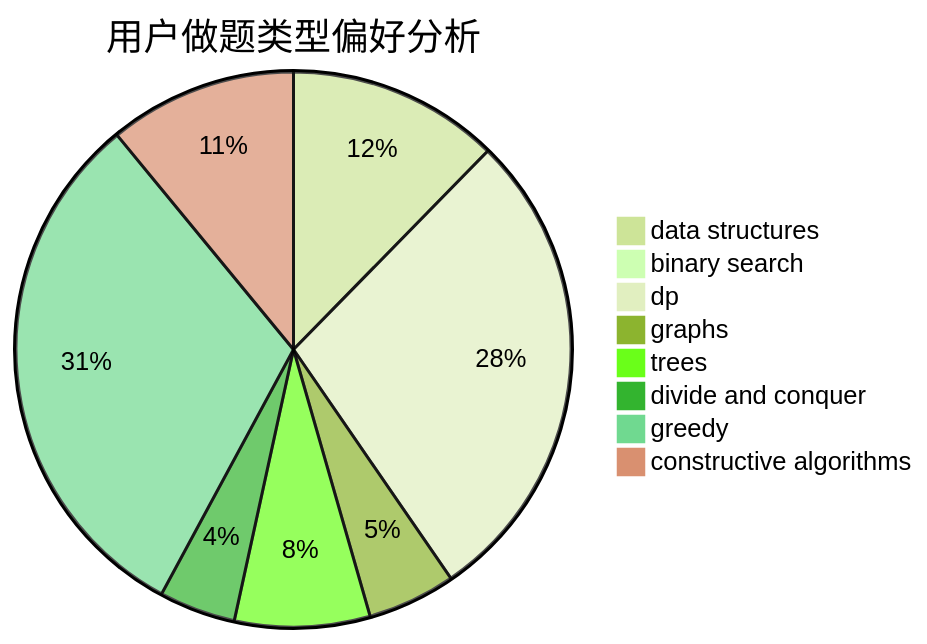
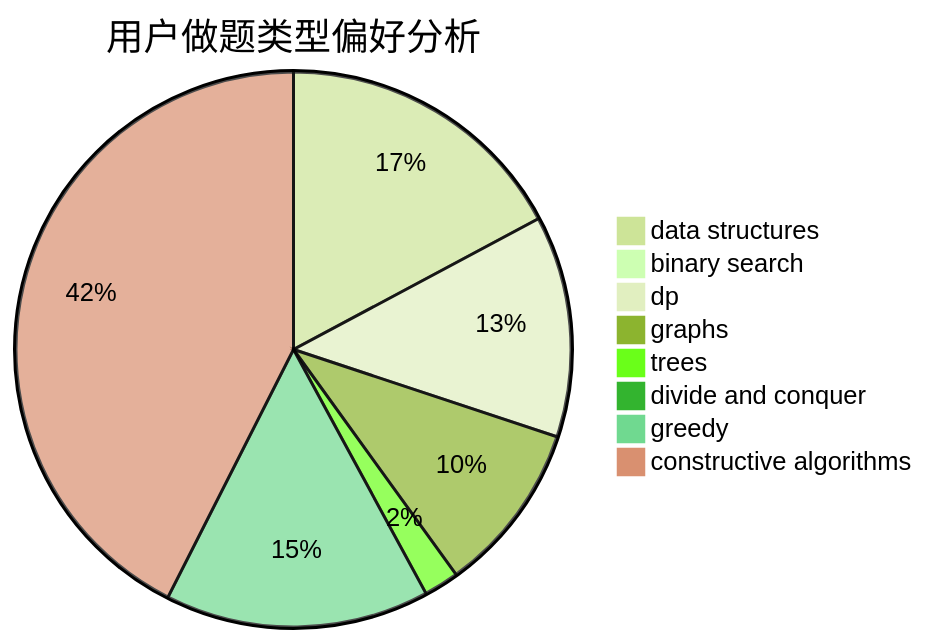
The second of 3 diagrams in docs/user/u2182.md (sherpahu/cfrs.github.io), drawn with Mermaid (forest theme) before and after one commit. The commit also changed other lines of this file and 2770 other files, not shown here.

````diff
--- a/docs/user/u2182.md
+++ b/docs/user/u2182.md
@@ -23,11 +23,11 @@
 ```mermaid
 pie title 用户做题类型偏好分析
-    "data structures" :  36
-    "binary search" :  0
-    "dp" :  82
-    "graphs" :  15
-    "trees" :  23
-    "divide and conquer" :  13
-    "greedy" :  91
-    "constructive algorithms" :  32
+    "data structures" :  76
+    "binary search" :  4
+    "dp" :  57
+    "graphs" :  44
+    "trees" :  9
+    "divide and conquer" :  0
+    "greedy" :  68
+    "constructive algorithms" :  188
 ```
````
